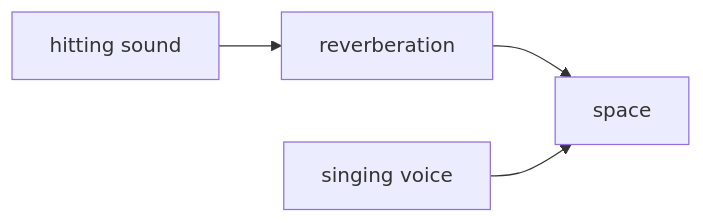
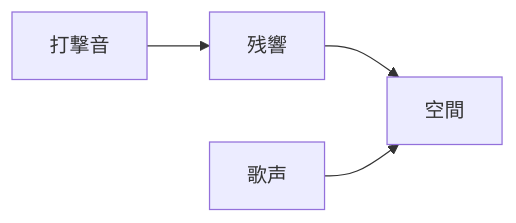
The second of 9 diagrams in en/_posts/2026-03-06-column-keiji-haino.md (monumental-movement/monumental-movement.github.io), drawn with Mermaid before and after one commit. The commit also changed other lines of this file and 2196 other files, not shown here.

```diff
--- a/en/_posts/2026-03-06-column-keiji-haino.md
+++ b/en/_posts/2026-03-06-column-keiji-haino.md
@@ -278,12 +278,12 @@
 <div class="mermaid">
 flowchart LR
-A[hitting sound]
-B[reverberation]
-C[space]
-D[singing voice]
+A[打撃音]
+B[残響]
+C[空間]
+D[歌声]
 
 A --> B
 B --> C
 D --> C
 
 </div>
```
